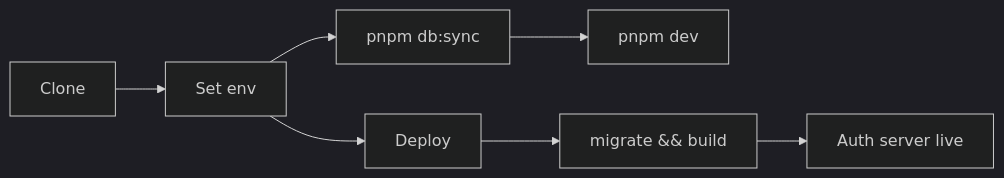
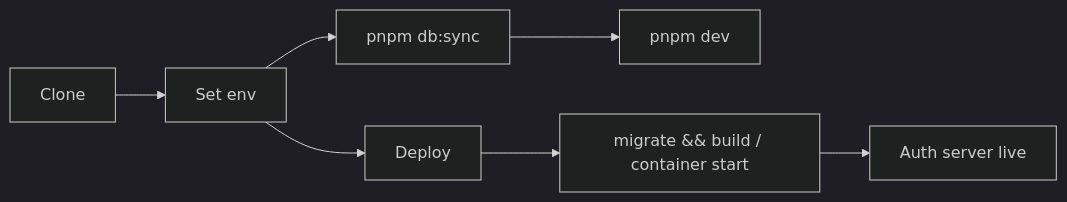
Before and after one commit to t3xydev/better-auth-starterkit: the diagram in README.md, drawn with Mermaid (dark theme). The commit also changed other lines of this file and 15 other files, not shown here.

````diff
--- a/README.md
+++ b/README.md
@@ -121,9 +125,9 @@
 ```mermaid
 flowchart LR
   A[Clone] --> B[Set env]
   B --> C[pnpm db:sync]
   C --> D[pnpm dev]
   B --> E[Deploy]
-  E --> F["migrate && build"]
+  E --> F["migrate && build / container start"]
   F --> G[Auth server live]
 ```
````
